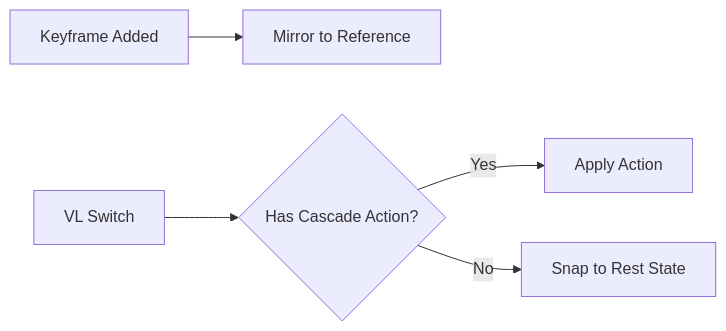
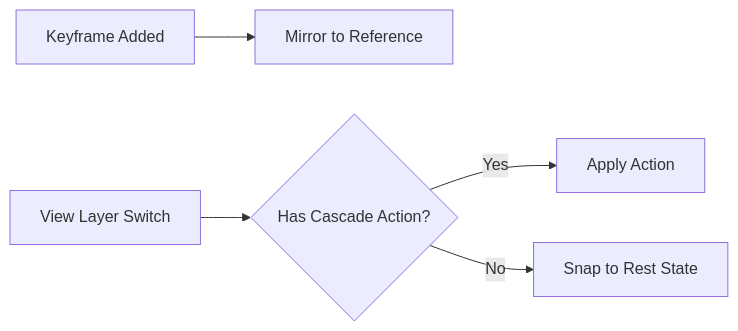
One commit to niwo-dev/Takes-for-Blender-Wiki changed the diagram in docs/en/features/rest_state.md. Above: the diagram before and after it, drawn with Mermaid. The commit also changed other lines of this file and 30 other files, not shown here.

````diff
--- a/docs/en/features/rest_state.md
+++ b/docs/en/features/rest_state.md
@@ -19,7 +19,7 @@
 ```mermaid
 graph LR
     K[Keyframe Added] --> M[Mirror to Reference]
-    VL[VL Switch] --> C{Has Cascade Action?}
+    Switch[View Layer Switch] --> C{Has Cascade Action?}
     C -->|Yes| A[Apply Action]
     C -->|No| R[Snap to Rest State]
 ```
````
